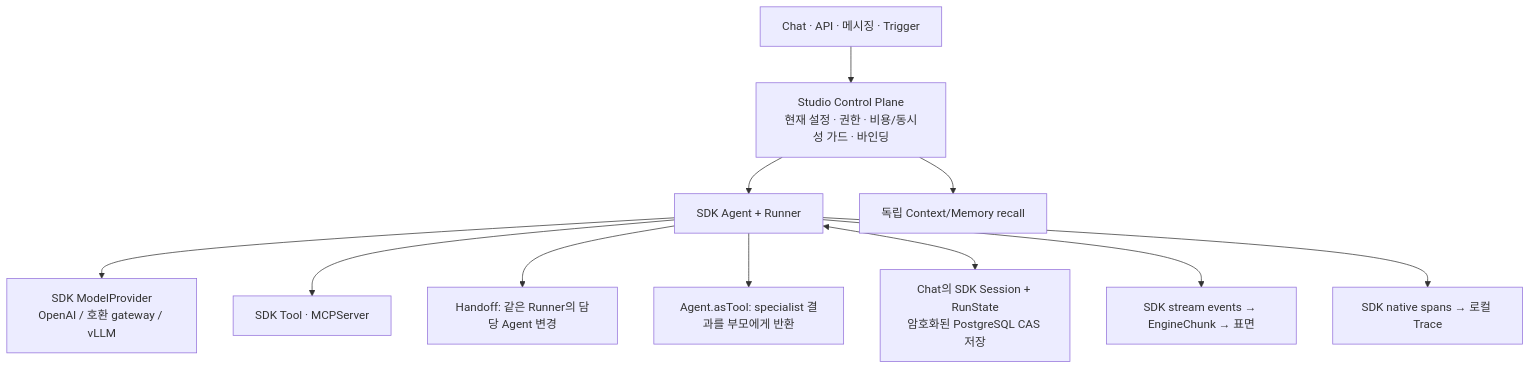
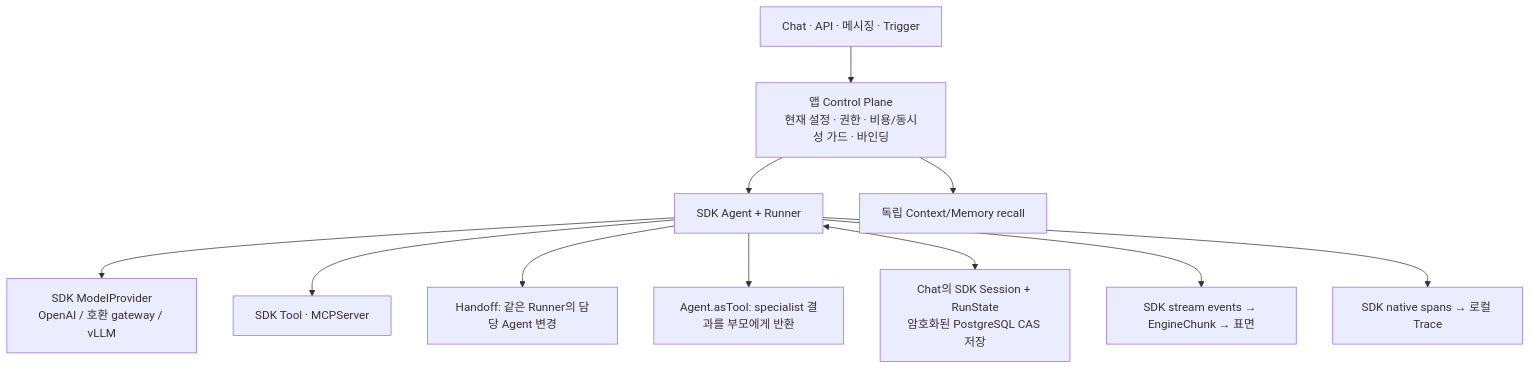
Before and after one commit to opspresso/agent-studio: the diagram in docs/design/execution.md, drawn with Mermaid. The commit also changed other lines of this file and 62 other files, not shown here.

````diff
--- a/docs/design/execution.md
+++ b/docs/design/execution.md
@@ -47,13 +47,13 @@
 ```mermaid
 flowchart TB
-  surface["Chat · API · 메시징 · Trigger"] --> control["Studio Control Plane<br/>현재 설정 · 권한 · 비용/동시성 가드 · 바인딩"]
+  surface["Chat · API · 메시징 · Trigger"] --> control["앱 Control Plane<br/>현재 설정 · 권한 · 비용/동시성 가드 · 바인딩"]
   control --> runtime["SDK Agent + Runner"]
   runtime --> model["SDK ModelProvider<br/>OpenAI / 호환 gateway / vLLM"]
   runtime --> capabilities["SDK Tool · MCPServer"]
   runtime --> handoff["Handoff: 같은 Runner의 담당 Agent 변경"]
   runtime --> delegate["Agent.asTool: specialist 결과를 부모에게 반환"]
   runtime <--> session["Chat의 SDK Session + RunState<br/>암호화된 PostgreSQL CAS 저장"]
   runtime --> events["SDK stream events → EngineChunk → 표면"]
   runtime --> trace["SDK native spans → 로컬 Trace"]
   control --> memory["독립 Context/Memory recall"]
 ```
````
